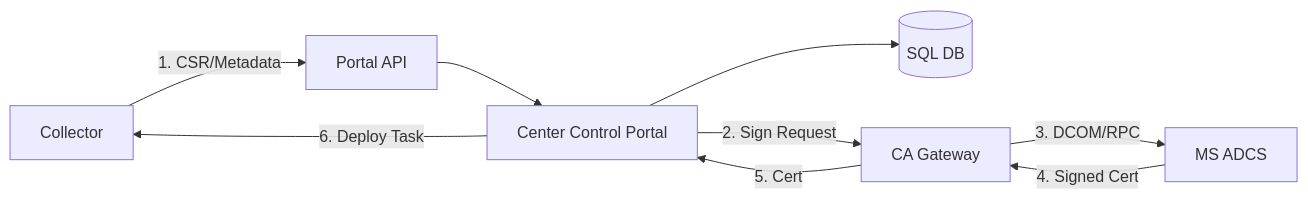
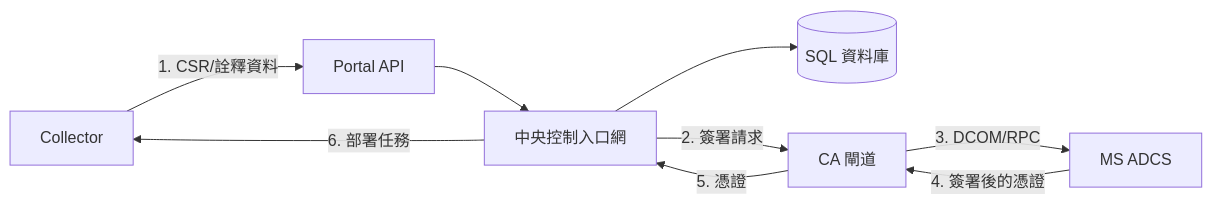
Before and after one commit to tedtv1007-ctrl/enterprise-internal-pki-manager: the diagram in ARCHITECTURE.md, drawn with Mermaid. The commit also changed other lines of this file and 1 other file, not shown here.

````diff
--- a/ARCHITECTURE.md
+++ b/ARCHITECTURE.md
@@ -41,11 +91,11 @@
 ```mermaid
 graph LR
-    Collector -- 1. CSR/Metadata --> API[Portal API]
-    API --> Portal[Center Control Portal]
-    Portal --> DB[(SQL DB)]
-    Portal -- 2. Sign Request --> Gateway[CA Gateway]
+    Collector -- 1. CSR/詮釋資料 --> API[Portal API]
+    API --> Portal[中央控制入口網]
+    Portal --> DB[(SQL 資料庫)]
+    Portal -- 2. 簽署請求 --> Gateway[CA 閘道]
     Gateway -- 3. DCOM/RPC --> ADCS[MS ADCS]
-    ADCS -- 4. Signed Cert --> Gateway
-    Gateway -- 5. Cert --> Portal
-    Portal -- 6. Deploy Task --> Collector
+    ADCS -- 4. 簽署後的憑證 --> Gateway
+    Gateway -- 5. 憑證 --> Portal
+    Portal -- 6. 部署任務 --> Collector
 ```
````
